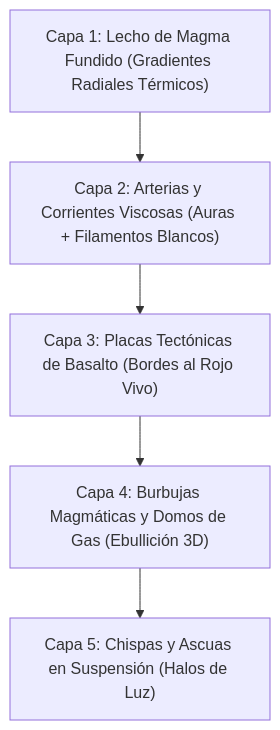
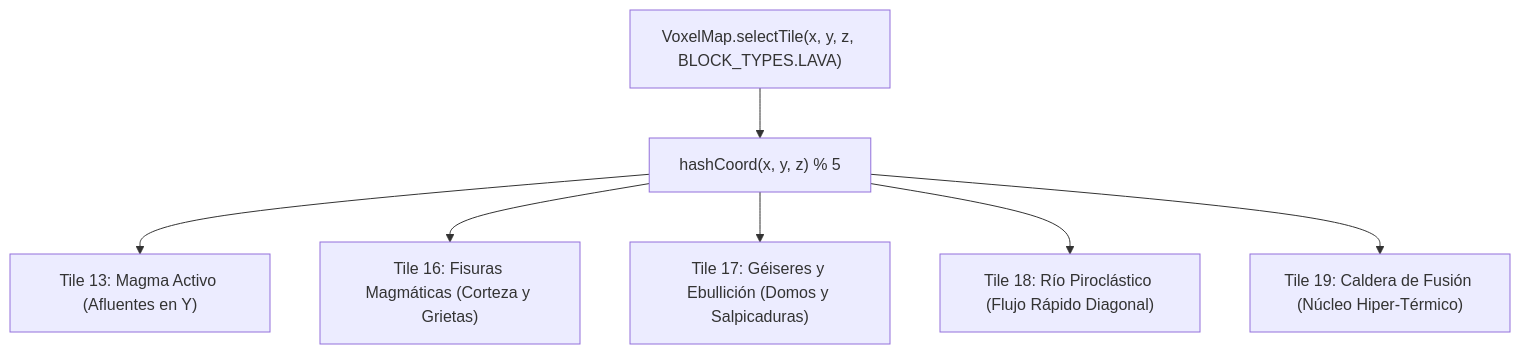
Before and after one commit to erickaguilar/runa-y-piedra: the diagram in docs/21-sprite-lava-y-renderizado-igneo.md, drawn with Mermaid. The commit also changed other lines of this file and 8 other files, not shown here.

````diff
--- a/docs/21-sprite-lava-y-renderizado-igneo.md
+++ b/docs/21-sprite-lava-y-renderizado-igneo.md
@@ -16,7 +16,9 @@
 ```mermaid
 flowchart TD
-    L1["Capa 1: Lecho de Magma Fundido (Gradientes Radiales Térmicos)"] --> L2["Capa 2: Arterias y Corrientes Viscosas (Auras + Filamentos Blancos)"]
-    L2 --> L3["Capa 3: Placas Tectónicas de Basalto (Bordes al Rojo Vivo)"]
-    L3 --> L4["Capa 4: Burbujas Magmáticas y Domos de Gas (Ebullición 3D)"]
-    L4 --> L5["Capa 5: Chispas y Ascuas en Suspensión (Halos de Luz)"]
+    VM["VoxelMap.selectTile(x, y, z, BLOCK_TYPES.LAVA)"] --> HASH["hashCoord(x, y, z) % 5"]
+    HASH --> T13["Tile 13: Magma Activo (Afluentes en Y)"]
+    HASH --> T16["Tile 16: Fisuras Magmáticas (Corteza y Grietas)"]
+    HASH --> T17["Tile 17: Géiseres y Ebullición (Domos y Salpicaduras)"]
+    HASH --> T18["Tile 18: Río Piroclástico (Flujo Rápido Diagonal)"]
+    HASH --> T19["Tile 19: Caldera de Fusión (Núcleo Hiper-Térmico)"]
 ```
````
